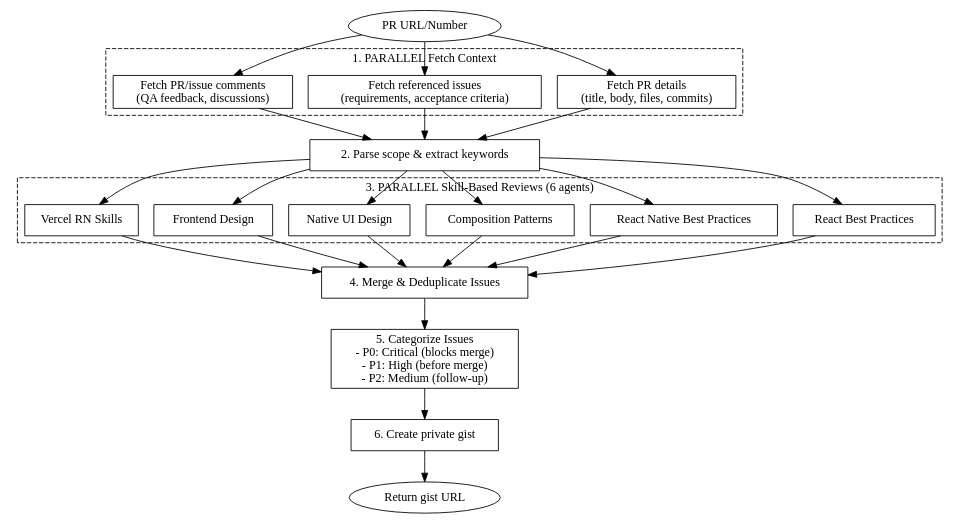
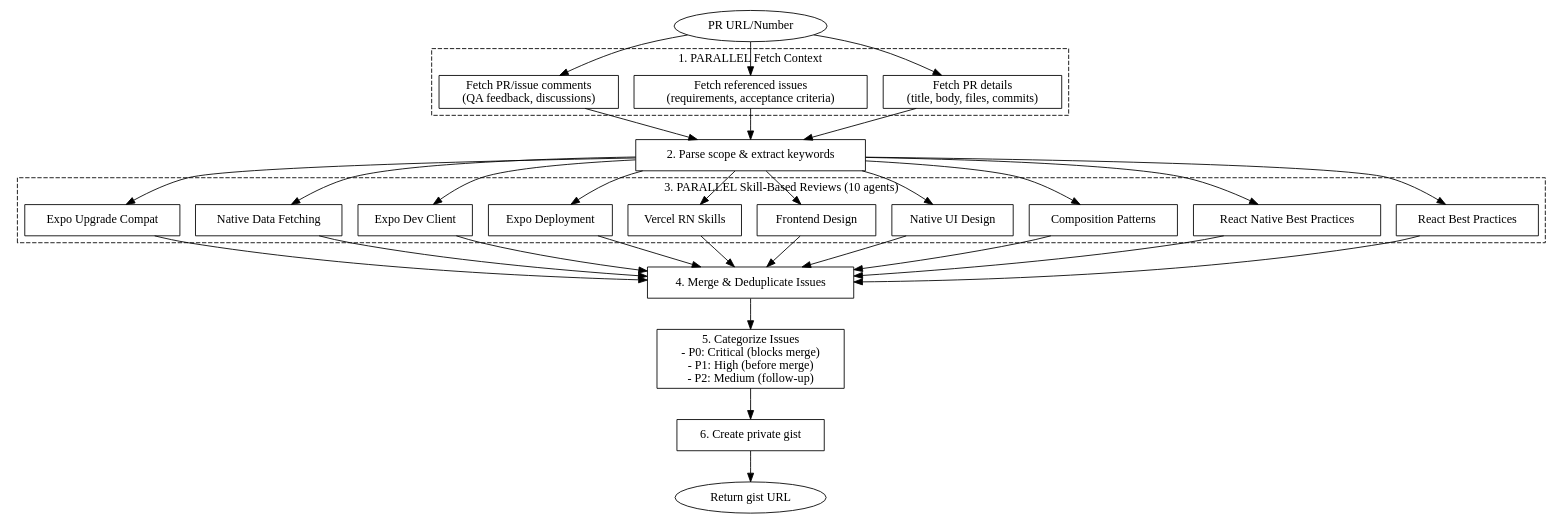
The first of 3 diagrams in .agents/skills/review-pr/skill.md (budgie-at/budgie), drawn with Graphviz before and after one commit. The commit also changed other lines of this file, not shown here.

First line of the commit message:
chore: add Expo and data fetching skills to PR review

````diff
--- a/.agents/skills/review-pr/skill.md
+++ b/.agents/skills/review-pr/skill.md
@@ -32,56 +32,68 @@
 ```dot
 digraph review_pr {
     rankdir=TB;
     node [shape=box];
 
     start [label="PR URL/Number" shape=ellipse];
 
     subgraph cluster_fetch {
         label="1. PARALLEL Fetch Context";
         style=dashed;
         pr [label="Fetch PR details\n(title, body, files, commits)"];
         issues [label="Fetch referenced issues\n(requirements, acceptance criteria)"];
         comments [label="Fetch PR/issue comments\n(QA feedback, discussions)"];
     }
 
     analyze [label="2. Parse scope & extract keywords"];
 
     subgraph cluster_skills {
-        label="3. PARALLEL Skill-Based Reviews (6 agents)";
+        label="3. PARALLEL Skill-Based Reviews (10 agents)";
         style=dashed;
         react [label="React Best Practices"];
         rn [label="React Native Best Practices"];
         composition [label="Composition Patterns"];
         native_ui [label="Native UI Design"];
         frontend [label="Frontend Design"];
         vercel_rn [label="Vercel RN Skills"];
+        expo_deploy [label="Expo Deployment"];
+        expo_dev [label="Expo Dev Client"];
+        data_fetch [label="Native Data Fetching"];
+        expo_upgrade [label="Expo Upgrade Compat"];
     }
 
     merge [label="4. Merge & Deduplicate Issues"];
 
     issues_cat [label="5. Categorize Issues\n- P0: Critical (blocks merge)\n- P1: High (before merge)\n- P2: Medium (follow-up)"];
 
     gist [label="6. Create private gist"];
     done [label="Return gist URL" shape=ellipse];
 
     start -> pr;
     start -> issues;
     start -> comments;
     pr -> analyze;
     issues -> analyze;
     comments -> analyze;
     analyze -> react;
     analyze -> rn;
     analyze -> composition;
     analyze -> native_ui;
     analyze -> frontend;
     analyze -> vercel_rn;
+    analyze -> expo_deploy;
+    analyze -> expo_dev;
+    analyze -> data_fetch;
+    analyze -> expo_upgrade;
     react -> merge;
     rn -> merge;
     composition -> merge;
     native_ui -> merge;
     frontend -> merge;
     vercel_rn -> merge;
+    expo_deploy -> merge;
+    expo_dev -> merge;
+    data_fetch -> merge;
+    expo_upgrade -> merge;
     merge -> issues_cat -> gist -> done;
 }
 ```
````
